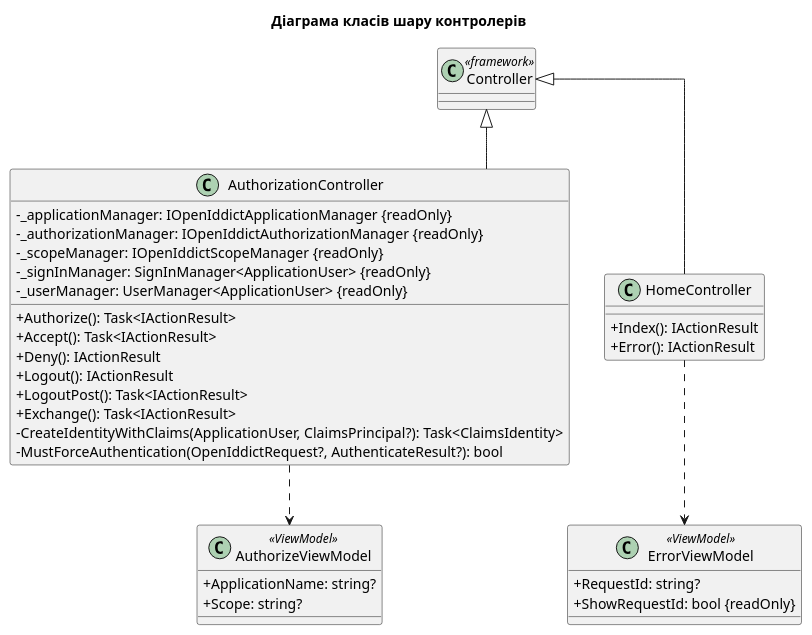
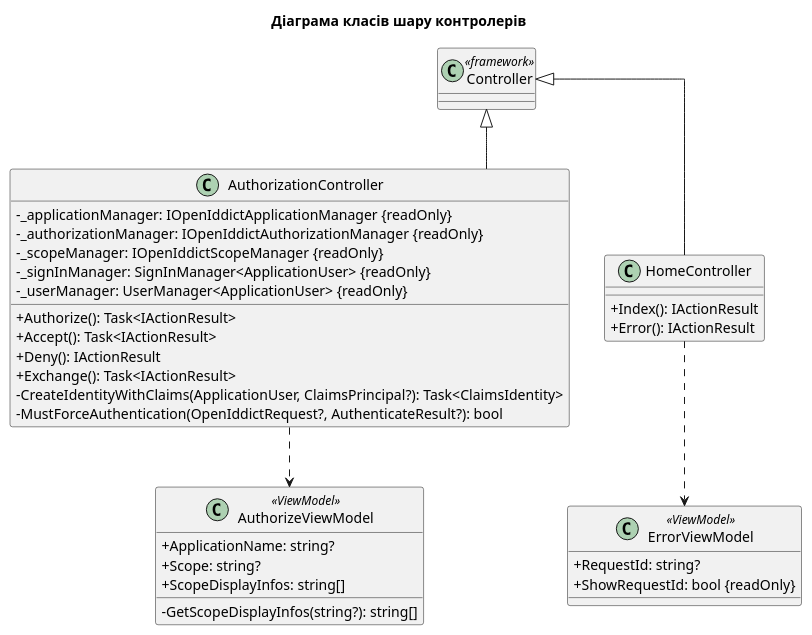
Before and after one commit to AyTee001/AuthProvider: the diagram in Docs/classes/controller_layer_class_diagram.puml, drawn with PlantUML. The commit also changed 5 other files, not shown here.

Commit message:
Refactor class diagrams

```diff
--- a/Docs/classes/controller_layer_class_diagram.puml
+++ b/Docs/classes/controller_layer_class_diagram.puml
@@ -1,48 +1,48 @@
 @startuml "Controller Layer Class Diagram"
 title "Діаграма класів шару контролерів"
 
 skinparam linetype ortho
 skinparam classAttributeIconSize 0
 
 ' --- Controllers ---
 class Controller <<framework>>
 
 class AuthorizationController {
     - _applicationManager: IOpenIddictApplicationManager {readOnly}
     - _authorizationManager: IOpenIddictAuthorizationManager {readOnly}
     - _scopeManager: IOpenIddictScopeManager {readOnly}
     - _signInManager: SignInManager<ApplicationUser> {readOnly}
     - _userManager: UserManager<ApplicationUser> {readOnly}
 
     +Authorize(): Task<IActionResult>
     +Accept(): Task<IActionResult>
     +Deny(): IActionResult
-    +Logout(): IActionResult
-    +LogoutPost(): Task<IActionResult>
     +Exchange(): Task<IActionResult>
     -CreateIdentityWithClaims(ApplicationUser, ClaimsPrincipal?): Task<ClaimsIdentity>
     -MustForceAuthentication(OpenIddictRequest?, AuthenticateResult?): bool
 }
 Controller <|-- AuthorizationController
 
 class HomeController {
     +Index(): IActionResult
     +Error(): IActionResult
 }
 Controller <|-- HomeController
 
 HomeController ..> ErrorViewModel
 AuthorizationController ..> AuthorizeViewModel
 
 ' --- Models & ViewModels ---
 class AuthorizeViewModel <<ViewModel>> {
     +ApplicationName: string?
     +Scope: string?
+    +ScopeDisplayInfos: string[]
+    -GetScopeDisplayInfos(string?): string[]
 }
 
 class ErrorViewModel <<ViewModel>> {
     +RequestId: string?
     +ShowRequestId: bool {readOnly}
 }
 
 @enduml
```
